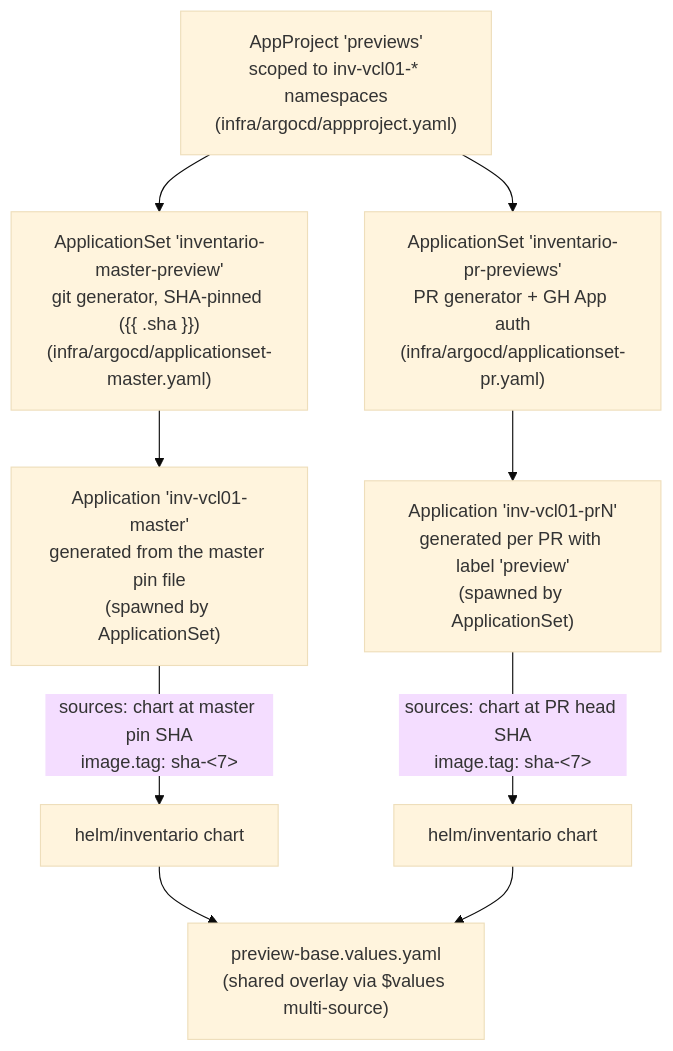
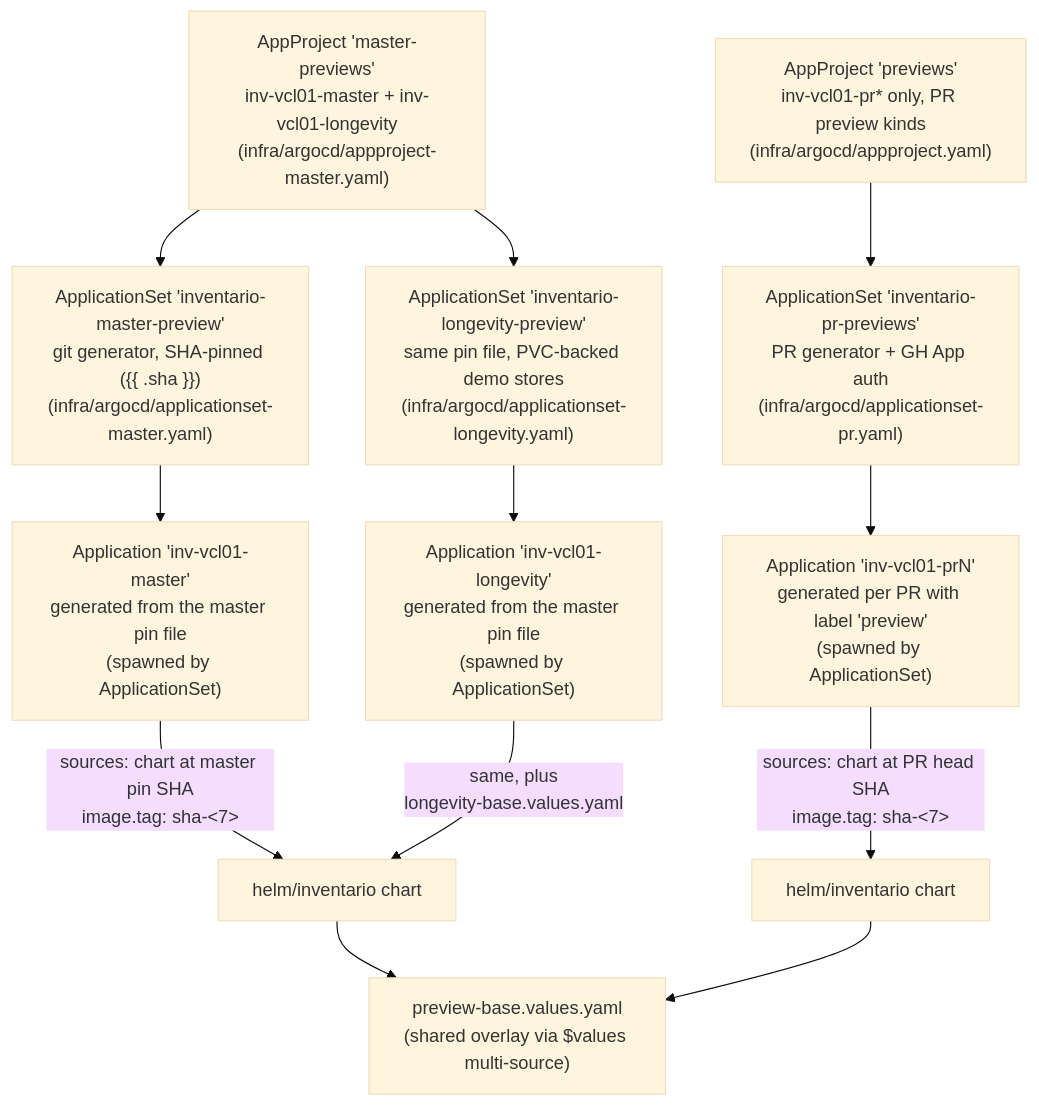
The second of 6 diagrams in devdocs/infra/dev/README.md (denisvmedia/inventario), drawn with Mermaid (base theme) before and after one commit. The commit also changed other lines of this file and 1 other file, not shown here.

First line of the commit message:
docs(infra): describe the preview projects, namespace guard and caps (#3090)

````diff
--- a/devdocs/infra/dev/README.md
+++ b/devdocs/infra/dev/README.md
@@ -134,19 +134,25 @@
 ```mermaid
 flowchart TD
-    appproj["AppProject 'previews'<br/>scoped to inv-vcl01-* namespaces<br/>(infra/argocd/appproject.yaml)"]
+    appproj["AppProject 'previews'<br/>inv-vcl01-pr* only, PR preview kinds<br/>(infra/argocd/appproject.yaml)"]
+    appprojmaster["AppProject 'master-previews'<br/>inv-vcl01-master + inv-vcl01-longevity<br/>(infra/argocd/appproject-master.yaml)"]
     appset["ApplicationSet 'inventario-pr-previews'<br/>PR generator + GH App auth<br/>(infra/argocd/applicationset-pr.yaml)"]
     appsetmaster["ApplicationSet 'inventario-master-preview'<br/>git generator, SHA-pinned ({{ .sha }})<br/>(infra/argocd/applicationset-master.yaml)"]
+    appsetlongevity["ApplicationSet 'inventario-longevity-preview'<br/>same pin file, PVC-backed demo stores<br/>(infra/argocd/applicationset-longevity.yaml)"]
     appmaster["Application 'inv-vcl01-master'<br/>generated from the master pin file<br/>(spawned by ApplicationSet)"]
+    applongevity["Application 'inv-vcl01-longevity'<br/>generated from the master pin file<br/>(spawned by ApplicationSet)"]
     appprN["Application 'inv-vcl01-prN'<br/>generated per PR with label 'preview'<br/>(spawned by ApplicationSet)"]
 
-    appproj --> appsetmaster
+    appprojmaster --> appsetmaster
+    appprojmaster --> appsetlongevity
     appproj --> appset
     appsetmaster --> appmaster
+    appsetlongevity --> applongevity
     appset --> appprN
 
     appmaster -->|"sources: chart at master pin SHA<br/>image.tag: sha-&lt;7&gt;"| chartmaster["helm/inventario chart"]
+    applongevity -->|"same, plus<br/>longevity-base.values.yaml"| chartmaster
     appprN -->|"sources: chart at PR head SHA<br/>image.tag: sha-&lt;7&gt;"| chartpr["helm/inventario chart"]
 
     chartmaster --> overlay["preview-base.values.yaml<br/>(shared overlay via $values multi-source)"]
     chartpr --> overlay
 ```
````
